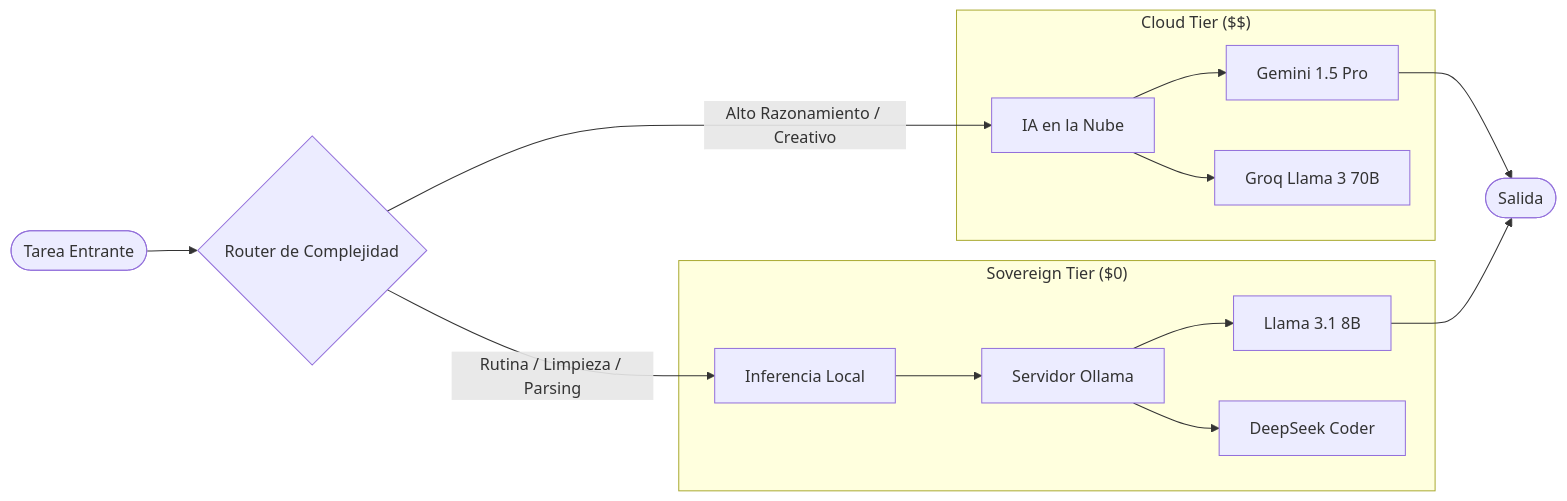
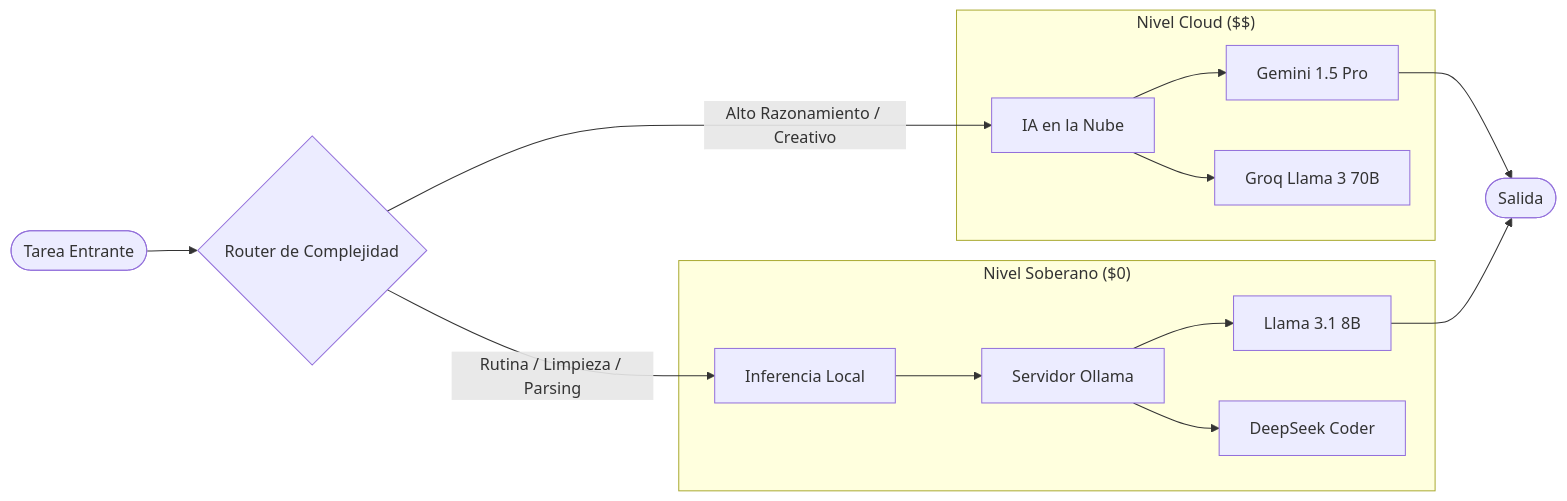
One commit to mauroociappinaph/the-dude-architecture-case-study changed the second of 4 diagrams in README.md. Above: the diagram before and after it, drawn with Mermaid. The commit also changed other lines of this file, not shown here.

Commit message:
Fix Mermaid diagram syntax for GitHub rendering

````diff
--- a/README.md
+++ b/README.md
@@ -65,20 +65,20 @@
 ```mermaid
 flowchart LR
     Task([Tarea Entrante]) --> Router{Router de Complejidad}
     
     Router -- "Alto Razonamiento / Creativo" --> Cloud[IA en la Nube]
-    subgraph "Cloud Tier ($$)"
+    subgraph "Nivel Cloud ($$)"
         Cloud --> Gemini[Gemini 1.5 Pro]
         Cloud --> Groq[Groq Llama 3 70B]
     end
     
     Router -- "Rutina / Limpieza / Parsing" --> Local[Inferencia Local]
-    subgraph "Sovereign Tier ($0)"
+    subgraph "Nivel Soberano ($0)"
         Local --> Ollama[Servidor Ollama]
-        Ollama --> Llama3[Llama 3.1 8B]
-        Ollama --> DeepSeek[DeepSeek Coder]
+        Ollama --> Llama3["Llama 3.1 8B"]
+        Ollama --> DeepSeek["DeepSeek Coder"]
     end
     
     Gemini --> Result([Salida])
     Llama3 --> Result
 ```
````
